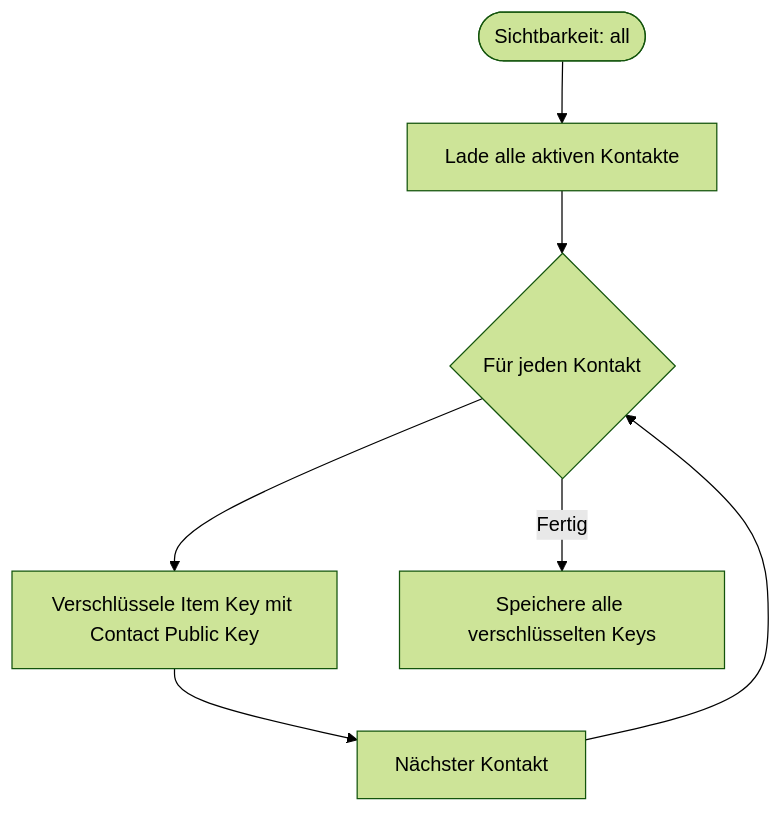
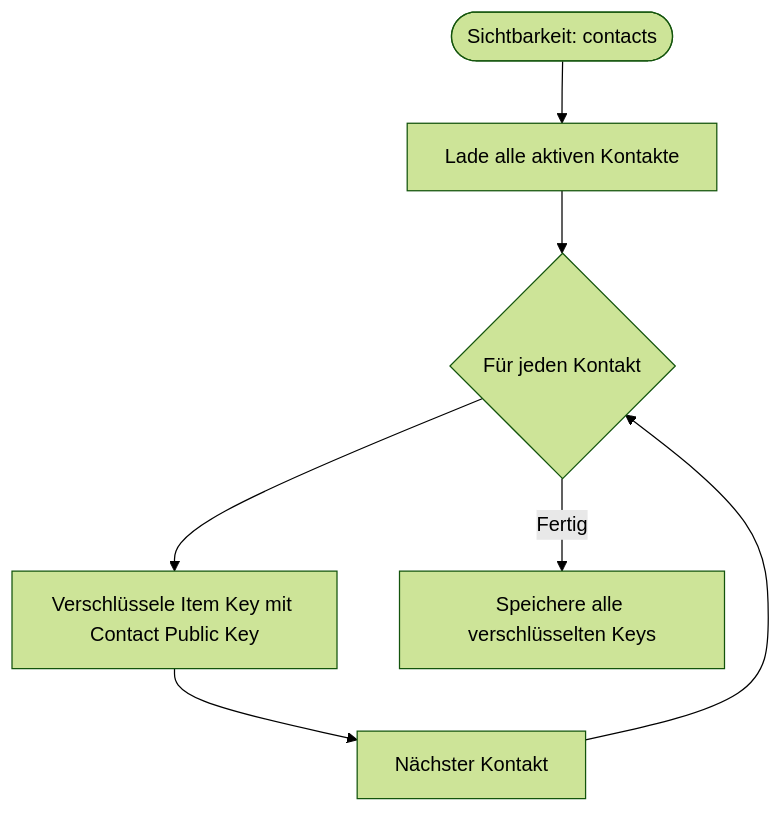
One commit to antontranelis/web-of-trust changed the sixth of 10 diagrams in flows/04-content-technisch-flow.md. Above: the diagram before and after it, drawn with Mermaid (forest theme). The commit also changed other lines of this file and 5 other files, not shown here.

````diff
--- a/flows/04-content-technisch-flow.md
+++ b/flows/04-content-technisch-flow.md
@@ -301,13 +304,13 @@
 ```mermaid
 flowchart TD
-    All(["Sichtbarkeit: all"]) --> GetContacts["Lade alle aktiven Kontakte"]
+    All(["Sichtbarkeit: contacts"]) --> GetContacts["Lade alle aktiven Kontakte"]
 
     GetContacts --> Loop{"Für jeden Kontakt"}
 
     Loop --> Encrypt["Verschlüssele Item Key mit Contact Public Key"]
 
     Encrypt --> Next["Nächster Kontakt"]
     Next --> Loop
 
     Loop -->|Fertig| Store["Speichere alle verschlüsselten Keys"]
 ```
````
